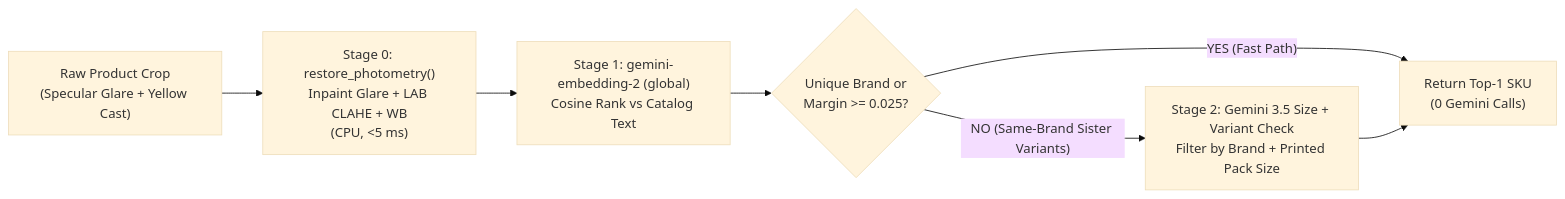
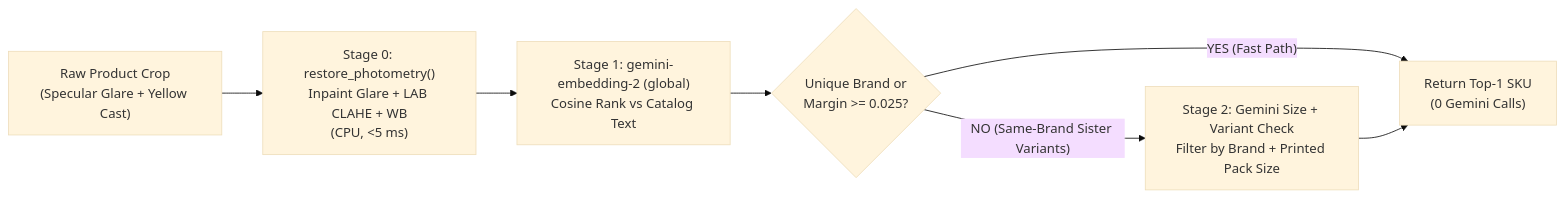
Before and after one commit to jigyasujuneja/unilever-shelf-understanding-e2e: the second of 5 diagrams in docs/reference.md, drawn with Mermaid (base theme). The commit also changed other lines of this file and 7 other files, not shown here.

````diff
--- a/docs/reference.md
+++ b/docs/reference.md
@@ -180,9 +180,9 @@
 ```mermaid
 flowchart LR
   RAW["Raw Product Crop<br/>(Specular Glare + Yellow Cast)"] --> PHOT["Stage 0: restore_photometry()<br/>Inpaint Glare + LAB CLAHE + WB<br/>(CPU, <5 ms)"]
   PHOT --> EMB["Stage 1: gemini-embedding-2 (global)<br/>Cosine Rank vs Catalog Text"]
   EMB --> GATE{"Unique Brand or<br/>Margin >= 0.025?"}
   GATE -- "YES (Fast Path)" --> OUT["Return Top-1 SKU<br/>(0 Gemini Calls)"]
-  GATE -- "NO (Same-Brand Sister Variants)" --> GEM["Stage 2: Gemini 3.5 Size + Variant Check<br/>Filter by Brand + Printed Pack Size"]
+  GATE -- "NO (Same-Brand Sister Variants)" --> GEM["Stage 2: Gemini Size + Variant Check<br/>Filter by Brand + Printed Pack Size"]
   GEM --> OUT
 ```
````
